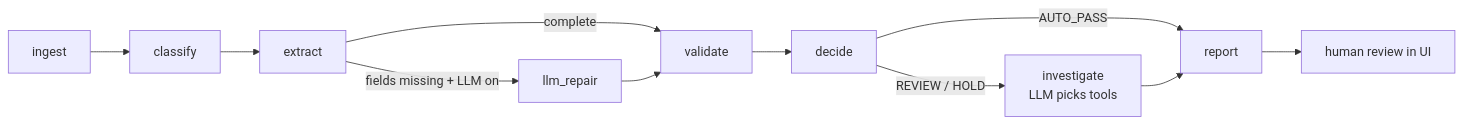
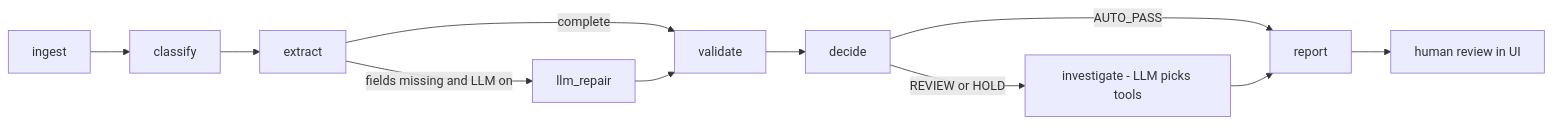
The diagram in README.md (Meawnaam/agentic-ai-tradedoccheck), drawn with Mermaid before and after one commit.

````diff
--- a/README.md
+++ b/README.md
@@ -26,11 +26,12 @@
 ```mermaid
 flowchart LR
-    I[ingest] --> C[classify] --> E[extract]
-    E -->|fields missing + LLM on| R[llm_repair]
-    E -->|complete| V[validate]
-    R --> V --> D[decide]
-    D -->|AUTO_PASS| P[report]
-    D -->|REVIEW / HOLD| X[investigate<br/>LLM picks tools]
+    I["ingest"] --> C["classify"] --> E["extract"]
+    E -->|"fields missing and LLM on"| R["llm_repair"]
+    E -->|"complete"| V["validate"]
+    R --> V
+    V --> D["decide"]
+    D -->|"AUTO_PASS"| P["report"]
+    D -->|"REVIEW or HOLD"| X["investigate - LLM picks tools"]
     X --> P
-    P --> H[human review in UI]
+    P --> H["human review in UI"]
 ```
````
